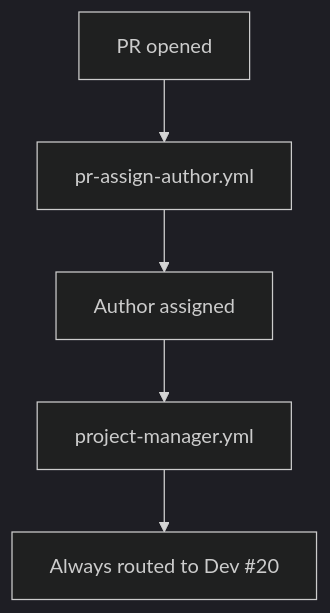
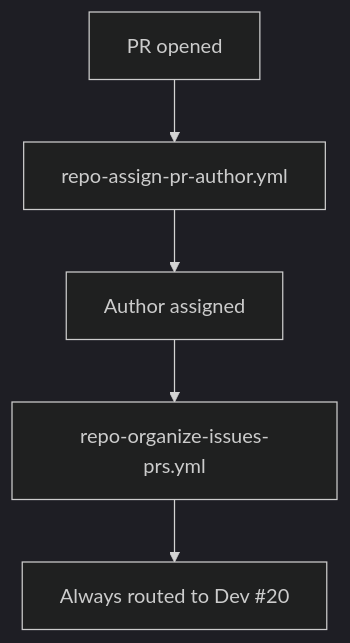
Before and after one commit to pollinations/pollinations: the third of 4 diagrams in .github/docs/TRIAGE.md, drawn with Mermaid. The commit also changed other lines of this file and 17 other files, not shown here.

````diff
--- a/.github/docs/TRIAGE.md
+++ b/.github/docs/TRIAGE.md
@@ -117,8 +117,8 @@
 ```mermaid
 %%{init: {'theme': 'dark'}}%%
 flowchart TD
-    A[PR opened] --> B[pr-assign-author.yml]
+    A[PR opened] --> B[repo-assign-pr-author.yml]
     B --> C[Author assigned]
-    C --> D[project-manager.yml]
+    C --> D[repo-organize-issues-prs.yml]
     D --> E[Always routed to Dev #20]
 ```
````
